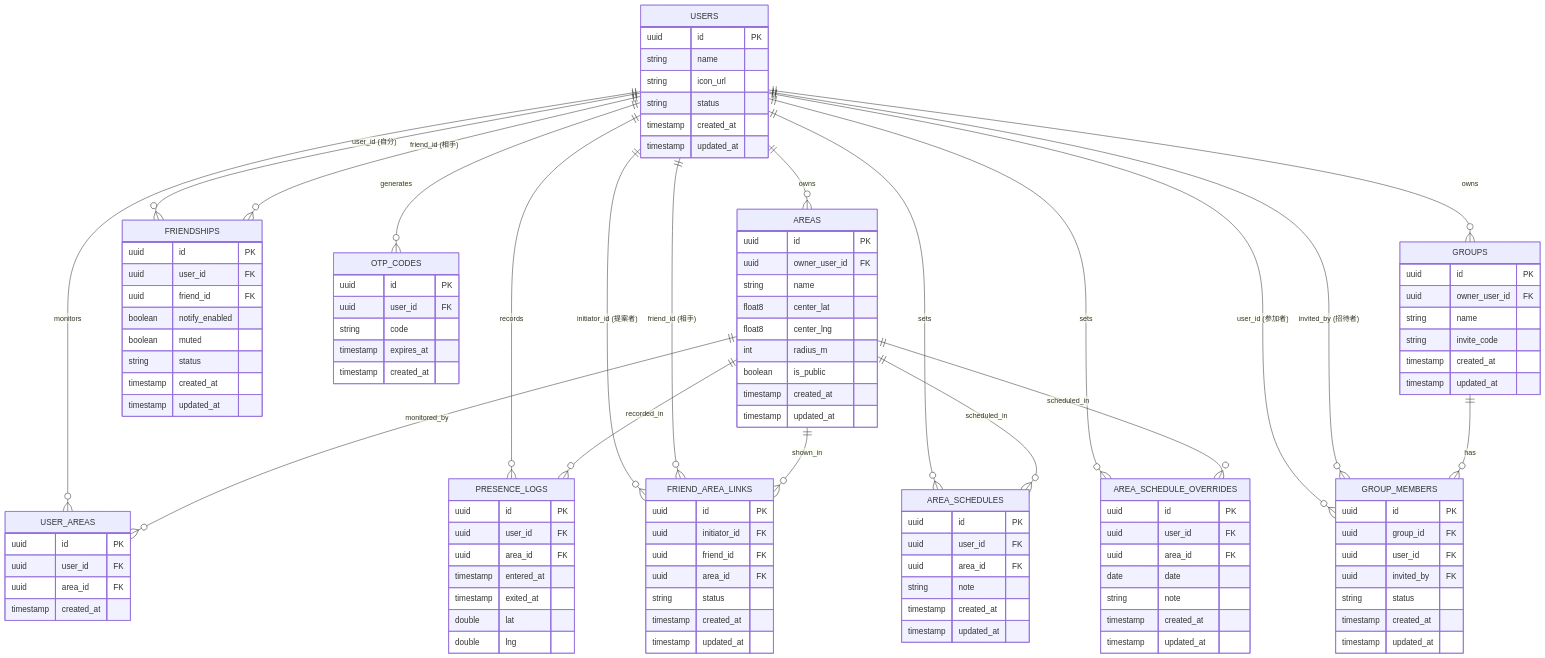
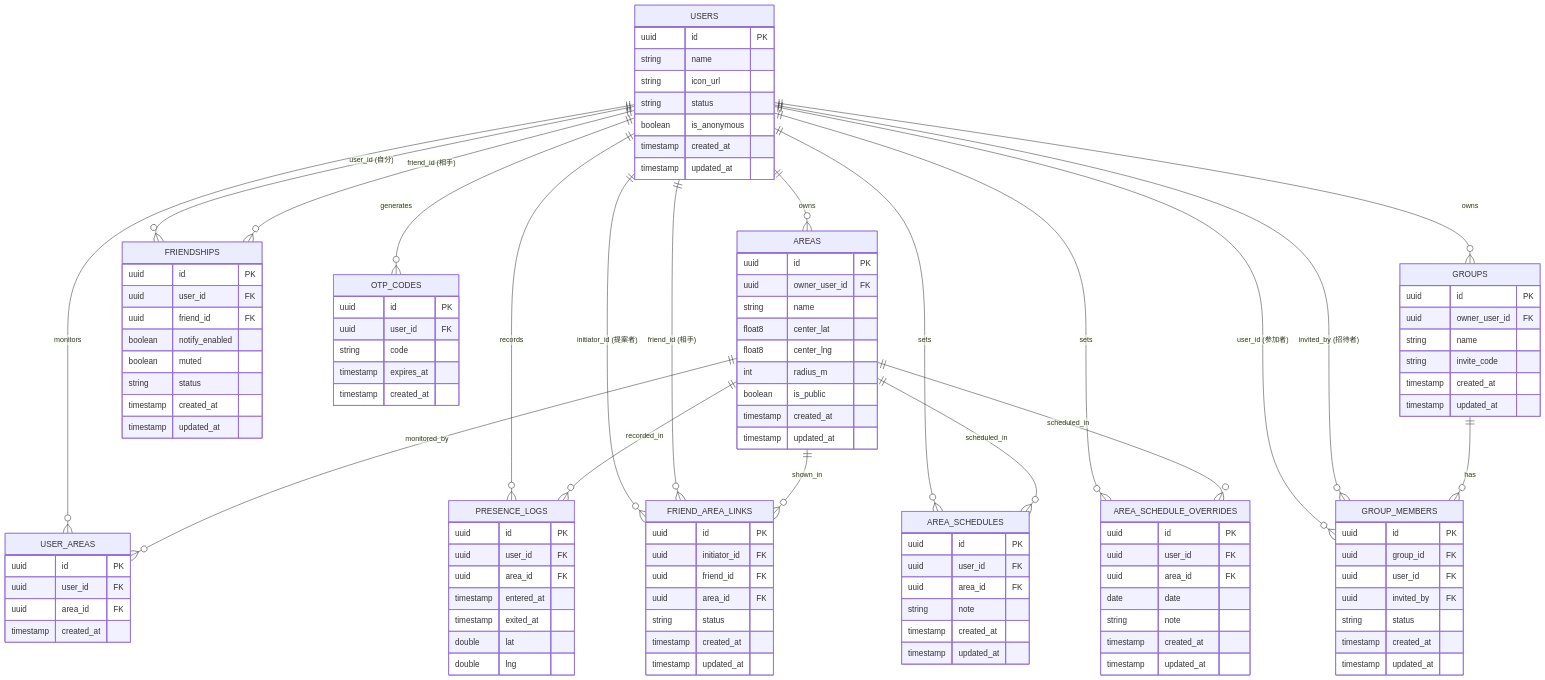
One commit to ochi06/oruca changed the diagram in docs/schema.md. Above: the diagram before and after it, drawn with Mermaid. The commit also changed other lines of this file, not shown here.

```diff
--- a/docs/schema.md
+++ b/docs/schema.md
@@ -31,6 +31,7 @@
     string name
     string icon_url
     string status
+    boolean is_anonymous
     timestamp created_at
     timestamp updated_at
   }
```
